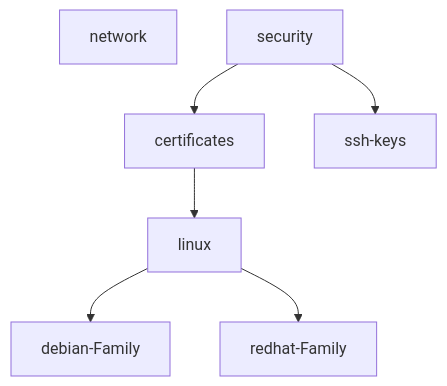
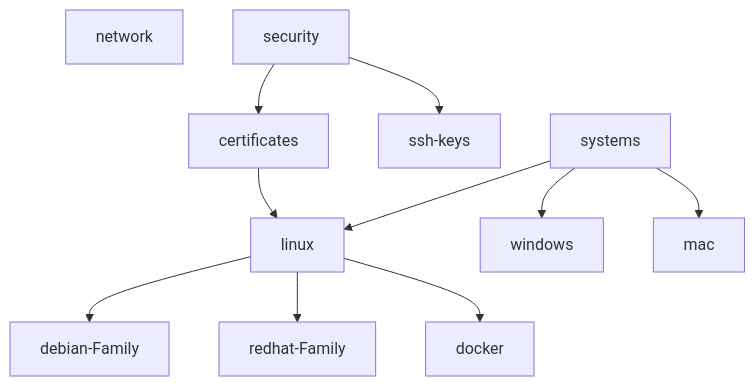
The diagram in README.md (sebma/myDoc), drawn with Mermaid before and after one commit.

````diff
--- a/README.md
+++ b/README.md
@@ -5,7 +5,10 @@
 ```mermaid
 flowchart TD
 network
 security-->certificates-->linux-->debian-Family
 linux-->redhat-Family
 security-->ssh-keys
+systems-->windows
+systems-->mac
+systems-->linux-->docker
 ```
````
